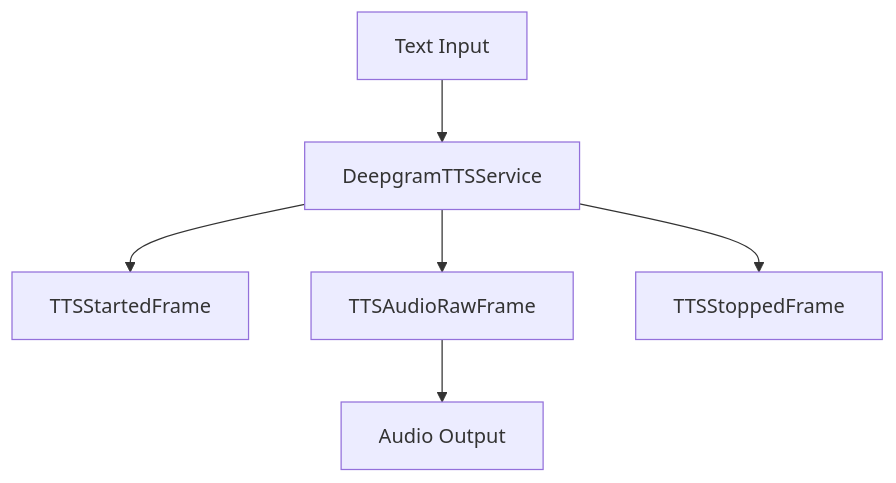
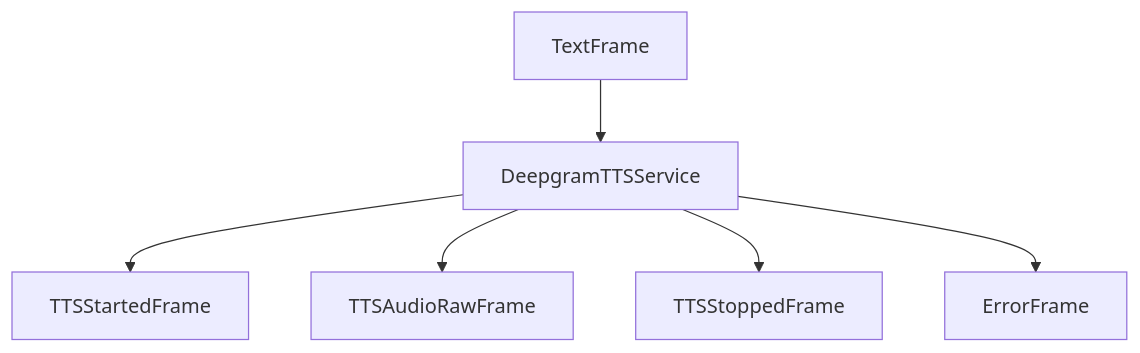
Before and after one commit to pipecat-ai/docs: the diagram in api-reference/services/tts/deepgram.mdx, drawn with Mermaid. The commit also changed 25 other files, not shown here.

Commit message:
Clean up Frame Flow diagrams

````diff
--- a/api-reference/services/tts/deepgram.mdx
+++ b/api-reference/services/tts/deepgram.mdx
@@ -100,8 +100,8 @@
 ```mermaid
 graph TD
-    A[Text Input] --> B[DeepgramTTSService]
+    A[TextFrame] --> B[DeepgramTTSService]
     B --> C[TTSStartedFrame]
     B --> D[TTSAudioRawFrame]
     B --> E[TTSStoppedFrame]
-    D --> F[Audio Output]
+    B --> F[ErrorFrame]
 ```
````
